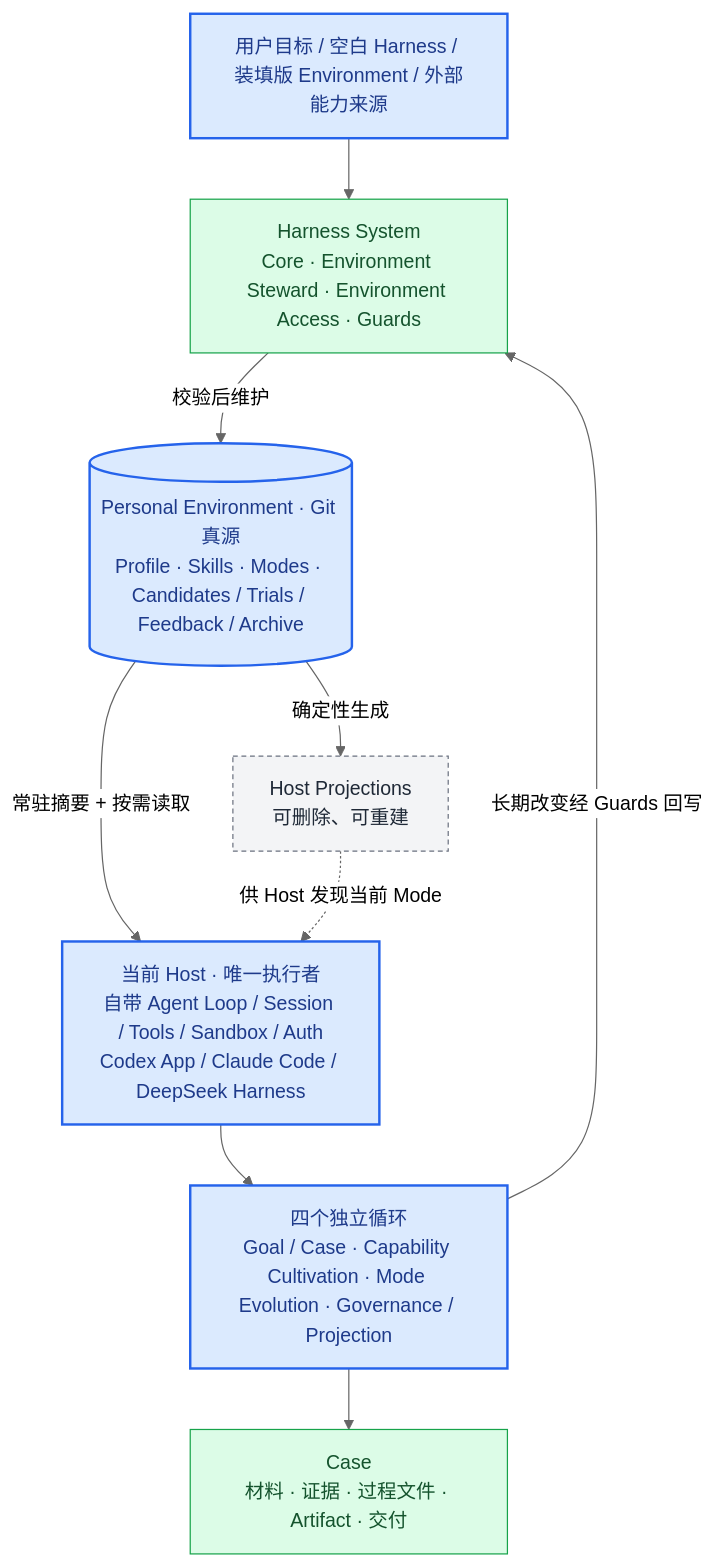
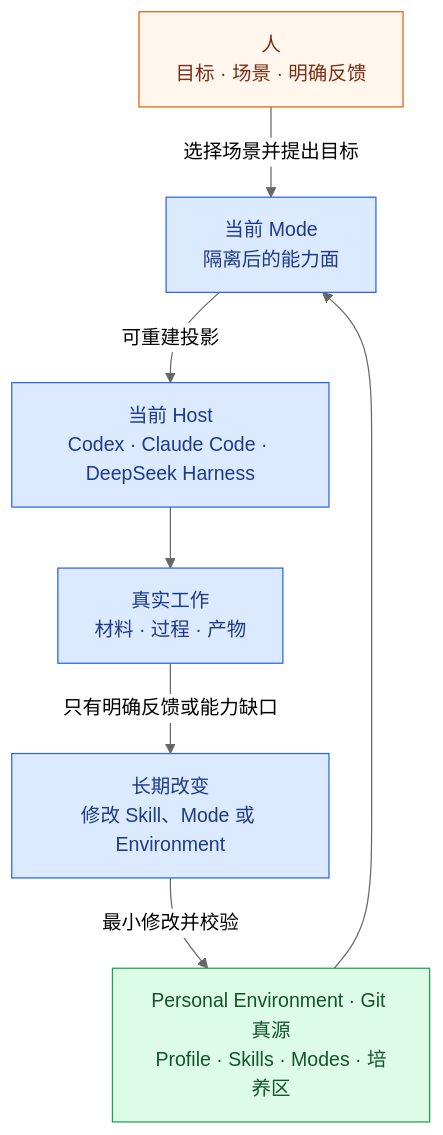
Before and after one commit to qihangzhang-272/asl-harness: the second of 2 diagrams in README.md, drawn with Mermaid (neutral theme). The commit also changed other lines of this file, not shown here.

Commit message:
2026-08-31 22:49｜重写项目 README 并突出 Mode 的场景隔离与两级召回

````diff
--- a/README.md
+++ b/README.md
@@ -54,27 +141,23 @@
 ```mermaid
 flowchart TB
-    SUPPLY["用户目标 / 空白 Harness / 装填版 Environment / 外部能力来源"]
-    SYSTEM["Harness System<br/>Core · Environment Steward · Environment Access · Guards"]
-    TRUTH[("Personal Environment · Git 真源<br/>Profile · Skills · Modes · Candidates / Trials / Feedback / Archive")]
-    HOST["当前 Host · 唯一执行者<br/>自带 Agent Loop / Session / Tools / Sandbox / Auth<br/>Codex App / Claude Code / DeepSeek Harness"]
-    LOOPS["四个独立循环<br/>Goal / Case · Capability Cultivation · Mode Evolution · Governance / Projection"]
-    CASE["Case<br/>材料 · 证据 · 过程文件 · Artifact · 交付"]
-    PROJECTION["Host Projections<br/>可删除、可重建"]
+    USER["人<br/>目标 · 场景 · 明确反馈"]
+    ENV["Personal Environment · Git 真源<br/>Profile · Skills · Modes · 培养区"]
+    MODE["当前 Mode<br/>隔离后的能力面"]
+    HOST["当前 Host<br/>Codex · Claude Code · DeepSeek Harness"]
+    CASE["真实工作<br/>材料 · 过程 · 产物"]
+    CHANGE["长期改变<br/>修改 Skill、Mode 或 Environment"]
 
-    SUPPLY --> SYSTEM
-    SYSTEM -->|校验后维护| TRUTH
-    TRUTH -->|常驻摘要 + 按需读取| HOST
-    HOST --> LOOPS
-    LOOPS --> CASE
-    LOOPS -->|长期改变经 Guards 回写| SYSTEM
-    TRUTH -->|确定性生成| PROJECTION
-    PROJECTION -.供 Host 发现当前 Mode.-> HOST
+    USER -->|选择场景并提出目标| MODE
+    ENV --> MODE
+    MODE -->|可重建投影| HOST
+    HOST --> CASE
+    CASE -->|只有明确反馈或能力缺口| CHANGE
+    CHANGE -->|最小修改并校验| ENV
 
-    classDef locked fill:#dbeafe,stroke:#2563eb,color:#1e3a8a,stroke-width:2px;
-    classDef done fill:#dcfce7,stroke:#16a34a,color:#14532d;
-    classDef generated fill:#f3f4f6,stroke:#6b7280,color:#1f2937,stroke-dasharray:4 3;
-    class SUPPLY,HOST,TRUTH locked;
-    class CASE,SYSTEM done;
-    class LOOPS locked;
-    class PROJECTION generated;
+    classDef human fill:#fff7ed,stroke:#ea580c,color:#7c2d12;
+    classDef truth fill:#dcfce7,stroke:#16a34a,color:#14532d;
+    classDef active fill:#dbeafe,stroke:#2563eb,color:#1e3a8a;
+    class USER human;
+    class ENV truth;
+    class MODE,HOST,CASE,CHANGE active;
 ```
````
